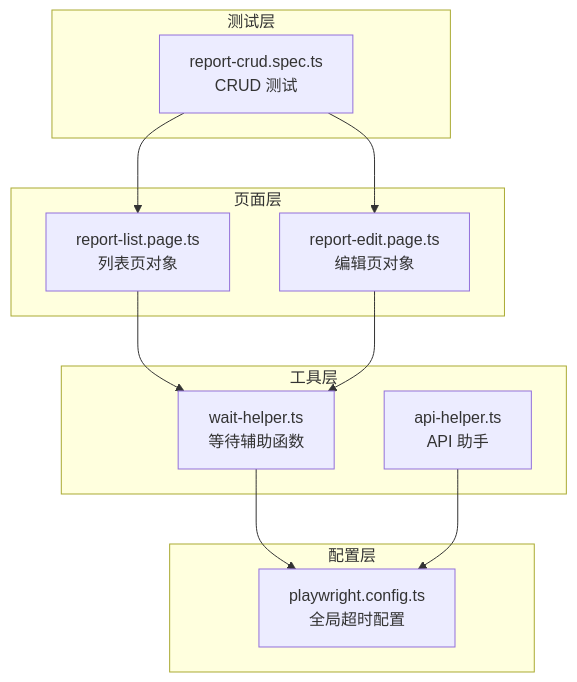
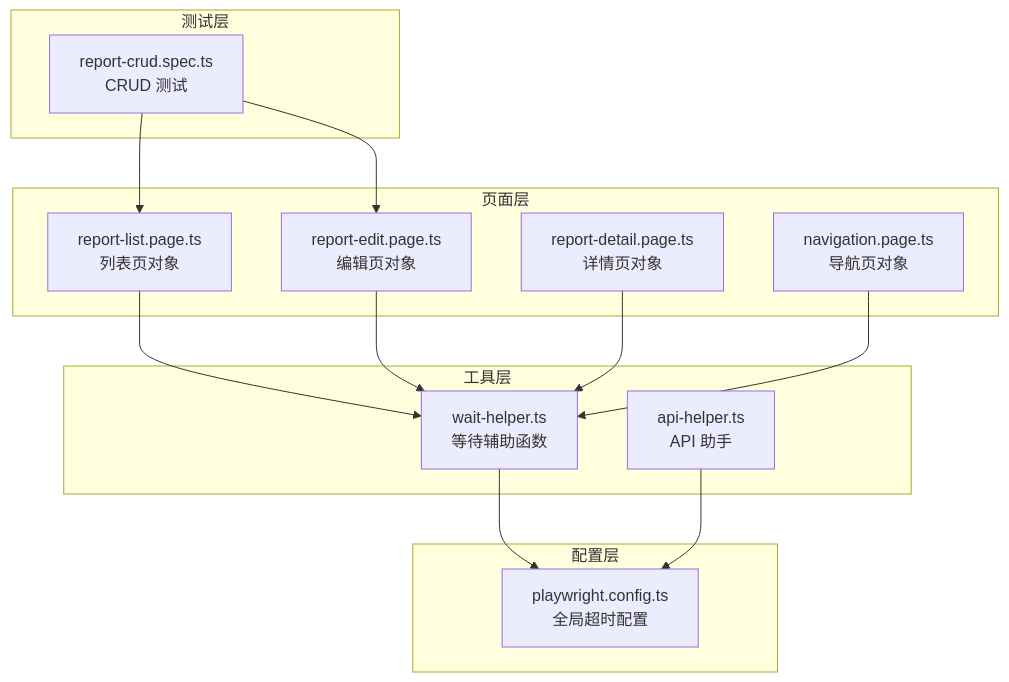
One commit to zzgoviziwind/--playwright changed the first of 8 diagrams in .qoder/repowiki/zh/content/API辅助工具/等待辅助工具.md. Above: the diagram before and after it, drawn with Mermaid. The commit also changed other lines of this file and 112 other files, not shown here.

````diff
--- a/.qoder/repowiki/zh/content/API辅助工具/等待辅助工具.md
+++ b/.qoder/repowiki/zh/content/API辅助工具/等待辅助工具.md
@@ -31,23 +43,27 @@
 ```mermaid
 graph TB
 subgraph "工具层"
 WH["wait-helper.ts<br/>等待辅助函数"]
 AH["api-helper.ts<br/>API 助手"]
 end
 subgraph "页面层"
 RP["report-list.page.ts<br/>列表页对象"]
 RE["report-edit.page.ts<br/>编辑页对象"]
+RD["report-detail.page.ts<br/>详情页对象"]
+NAV["navigation.page.ts<br/>导航页对象"]
 end
 subgraph "测试层"
 RC["report-crud.spec.ts<br/>CRUD 测试"]
 end
 subgraph "配置层"
 PC["playwright.config.ts<br/>全局超时配置"]
 end
 RC --> RP
 RC --> RE
 RP --> WH
 RE --> WH
+RD --> WH
+NAV --> WH
 WH --> PC
 AH --> PC
 ```
````
